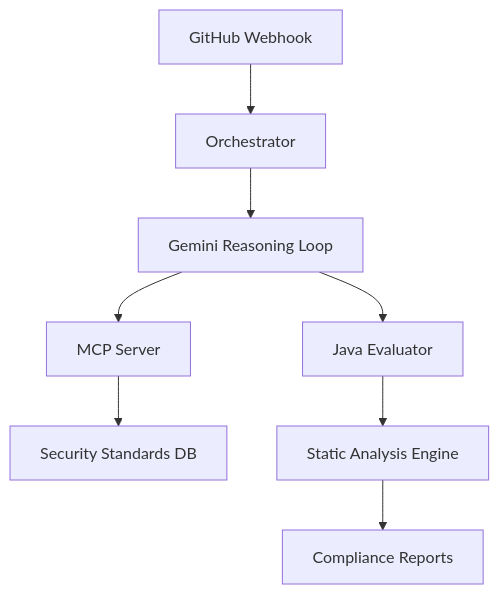
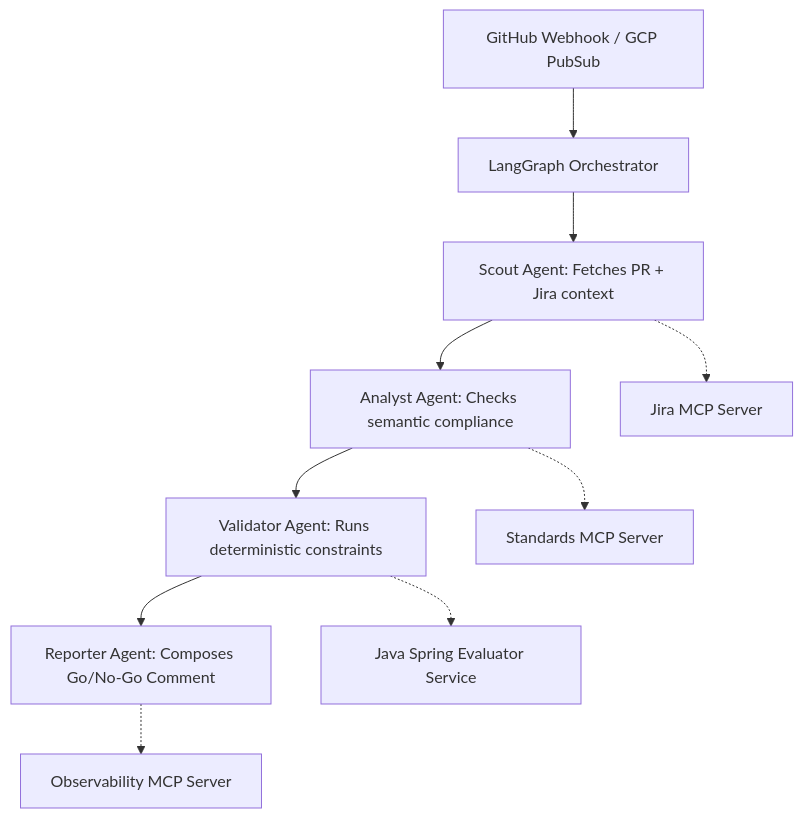
The diagram in README.md (tbrom/pr-compliance-agent), drawn with Mermaid before and after one commit. The commit also changed other lines of this file and 20 other files, not shown here.

Commit message:
Migrate to Sentinel-SDLC multi-agent framework architecture

````diff
--- a/README.md
+++ b/README.md
@@ -7,10 +9,13 @@
 ```mermaid
 graph TD
-    A[GitHub Webhook] --> B[Orchestrator]
-    B --> C[Gemini Reasoning Loop]
-    C --> D[MCP Server]
-    C --> E[Java Evaluator]
-    D --> F[Security Standards DB]
-    E --> G[Static Analysis Engine]
-    G --> H[Compliance Reports]
+    A[GitHub Webhook / GCP PubSub] --> B[LangGraph Orchestrator]
+    B --> Node1[Scout Agent: Fetches PR + Jira context]
+    Node1 --> Node2[Analyst Agent: Checks semantic compliance]
+    Node2 --> Node3[Validator Agent: Runs deterministic constraints]
+    Node3 --> Node4[Reporter Agent: Composes Go/No-Go Comment]
+    
+    Node1 -.-> Jira[Jira MCP Server]
+    Node2 -.-> Std[Standards MCP Server]
+    Node4 -.-> Obs[Observability MCP Server]
+    Node3 -.-> Eval[Java Spring Evaluator Service]
 ```
````
